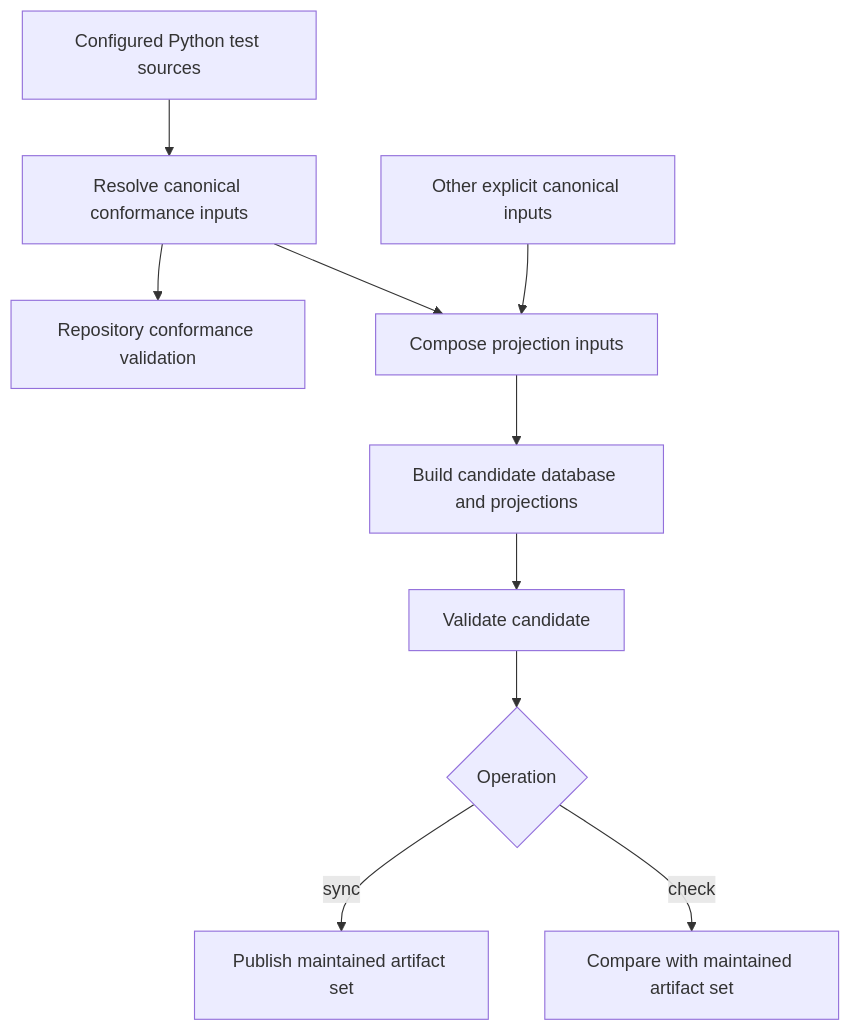
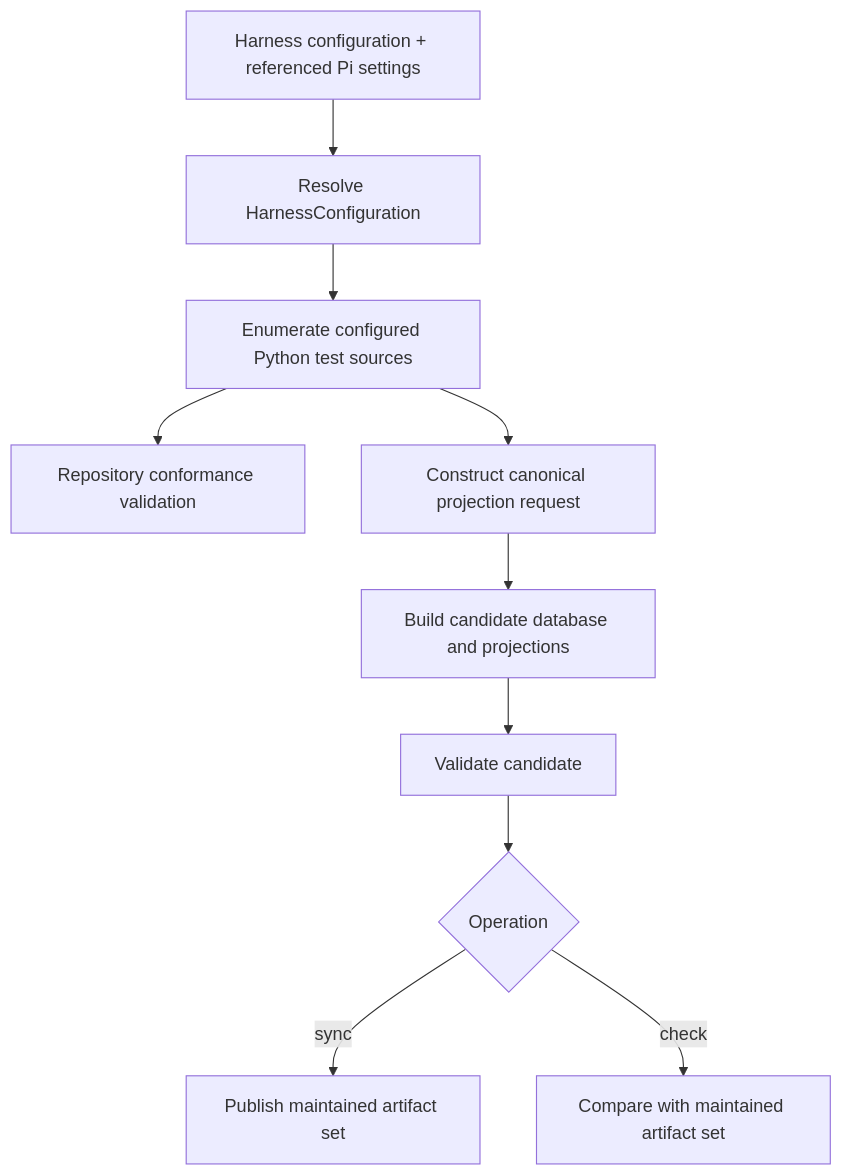
The diagram in docs/architecture/v1/ksdft2effmass/harness/pi/local/control/index.md (eragasa/ksdft2effmass), drawn with Mermaid before and after one commit. The commit also changed other lines of this file and 48 other files, not shown here.

Commit message:
Implement centralized harness configuration

````diff
--- a/docs/architecture/v1/ksdft2effmass/harness/pi/local/control/index.md
+++ b/docs/architecture/v1/ksdft2effmass/harness/pi/local/control/index.md
@@ -7,12 +7,12 @@
 ```mermaid
 flowchart TB
-    python["Configured Python test sources"] --> conformance["Resolve canonical conformance inputs"]
+    configuration["Harness configuration + referenced Pi settings"] --> resolve["Resolve HarnessConfiguration"]
+    resolve --> conformance["Enumerate configured Python test sources"]
     conformance --> repository_validation["Repository conformance validation"]
-    conformance --> resolve["Compose projection inputs"]
-    inputs["Other explicit canonical inputs"] --> resolve
-    resolve --> build["Build candidate database and projections"]
+    conformance --> request["Construct canonical projection request"]
+    request --> build["Build candidate database and projections"]
     build --> validate["Validate candidate"]
     validate --> mode{"Operation"}
     mode -->|sync| publish["Publish maintained artifact set"]
     mode -->|check| compare["Compare with maintained artifact set"]
 ```
````
